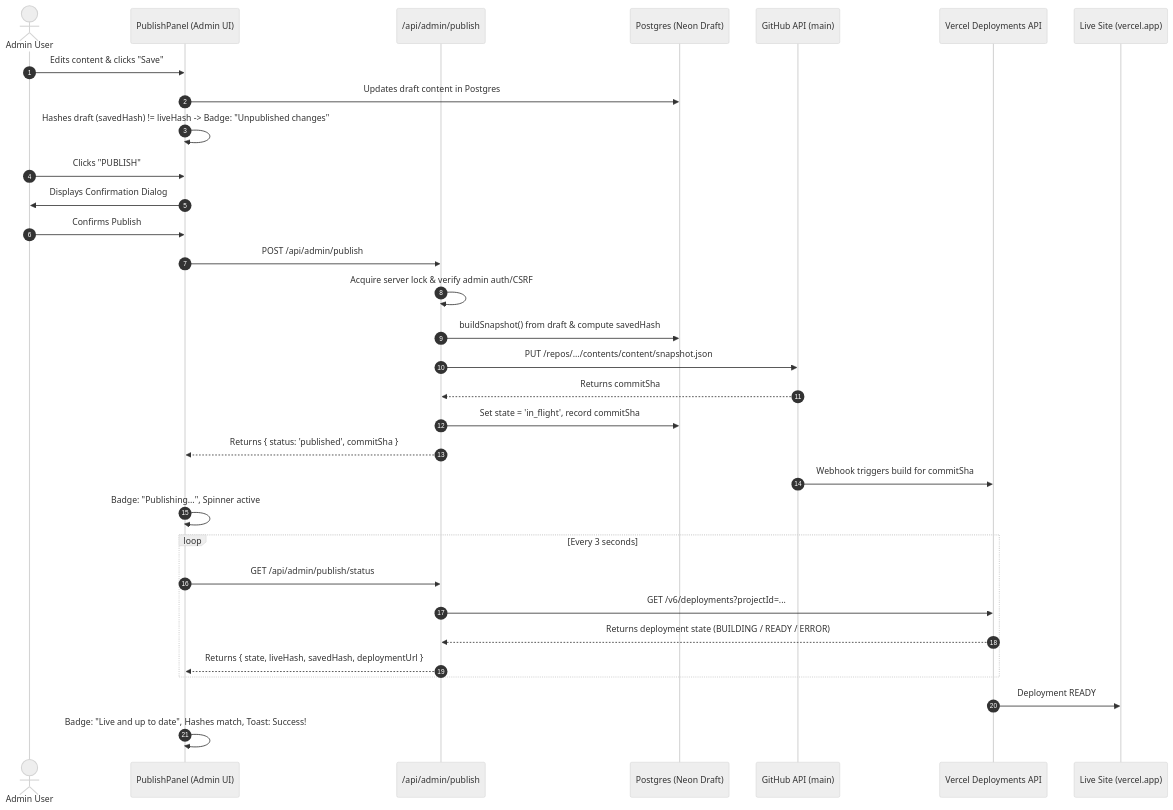
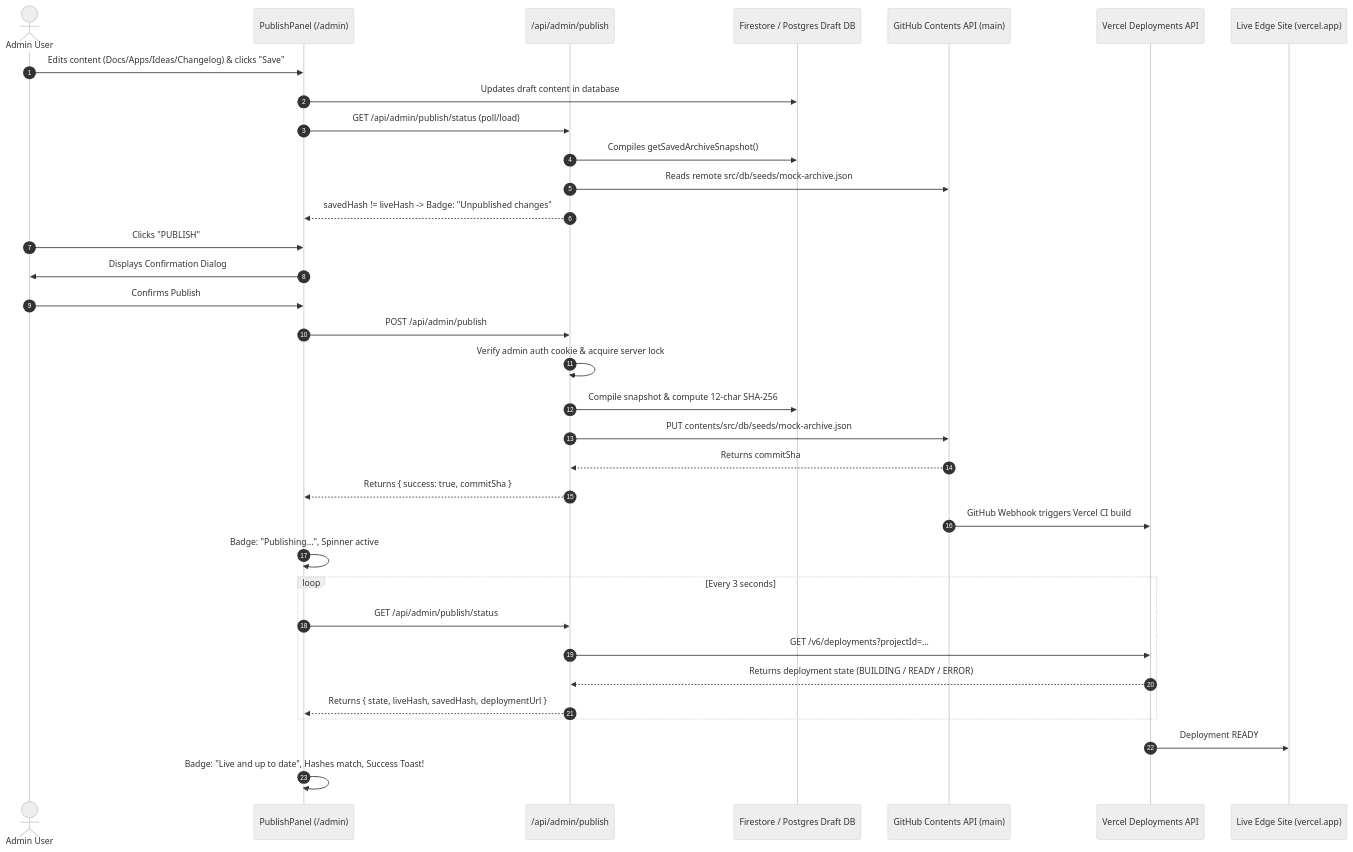
The diagram in PUBLISH_FEATURE_REPORT.md (JeptahIldefonso/JeptahzRepo), drawn with Mermaid (neutral theme) before and after one commit. The commit also changed other lines of this file and 5 other files, not shown here.

Commit message:
feat(publish): add secret sanitization, stale lock recovery, unit tests, and update implementation report for JeptahzRepo

````diff
--- a/PUBLISH_FEATURE_REPORT.md
+++ b/PUBLISH_FEATURE_REPORT.md
@@ -31,35 +34,37 @@
 ```mermaid
 sequenceDiagram
     autonumber
     actor Admin as Admin User
-    participant UI as PublishPanel (Admin UI)
+    participant UI as PublishPanel (/admin)
     participant API as /api/admin/publish
-    participant DB as Postgres (Neon Draft)
-    participant GH as GitHub API (main)
+    participant DB as Firestore / Postgres Draft DB
+    participant GH as GitHub Contents API (main)
     participant VC as Vercel Deployments API
-    participant Live as Live Site (vercel.app)
+    participant Live as Live Edge Site (vercel.app)
 
-    Admin->>UI: Edits content & clicks "Save"
-    UI->>DB: Updates draft content in Postgres
-    UI->>UI: Hashes draft (savedHash) != liveHash -> Badge: "Unpublished changes"
+    Admin->>UI: Edits content (Docs/Apps/Ideas/Changelog) & clicks "Save"
+    UI->>DB: Updates draft content in database
+    UI->>API: GET /api/admin/publish/status (poll/load)
+    API->>DB: Compiles getSavedArchiveSnapshot()
+    API->>GH: Reads remote src/db/seeds/mock-archive.json
+    API-->>UI: savedHash != liveHash -> Badge: "Unpublished changes"
     Admin->>UI: Clicks "PUBLISH"
     UI->>Admin: Displays Confirmation Dialog
     Admin->>UI: Confirms Publish
     UI->>API: POST /api/admin/publish
-    API->>API: Acquire server lock & verify admin auth/CSRF
-    API->>DB: buildSnapshot() from draft & compute savedHash
-    API->>GH: PUT /repos/.../contents/content/snapshot.json
+    API->>API: Verify admin auth cookie & acquire server lock
+    API->>DB: Compile snapshot & compute 12-char SHA-256
+    API->>GH: PUT contents/src/db/seeds/mock-archive.json
     GH-->>API: Returns commitSha
-    API->>DB: Set state = 'in_flight', record commitSha
-    API-->>UI: Returns { status: 'published', commitSha }
-    GH->>VC: Webhook triggers build for commitSha
+    API-->>UI: Returns { success: true, commitSha }
+    GH->>VC: GitHub Webhook triggers Vercel CI build
     UI->>UI: Badge: "Publishing…", Spinner active
     loop Every 3 seconds
         UI->>API: GET /api/admin/publish/status
         API->>VC: GET /v6/deployments?projectId=...
         VC-->>API: Returns deployment state (BUILDING / READY / ERROR)
         API-->>UI: Returns { state, liveHash, savedHash, deploymentUrl }
     end
     VC->>Live: Deployment READY
-    UI->>UI: Badge: "Live and up to date", Hashes match, Toast: Success!
+    UI->>UI: Badge: "Live and up to date", Hashes match, Success Toast!
 ```
````
